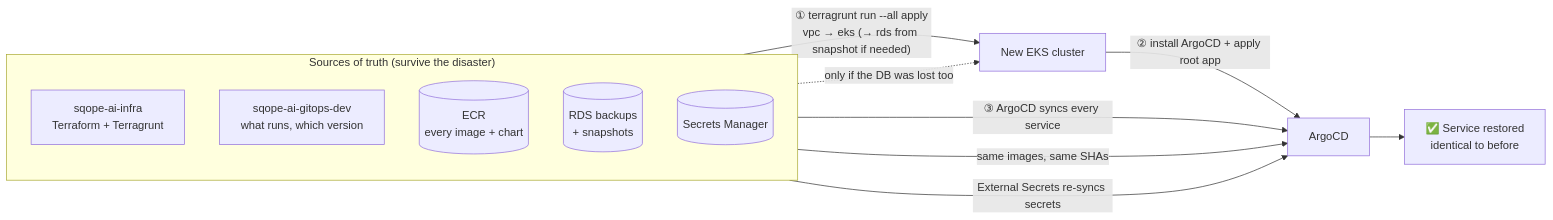
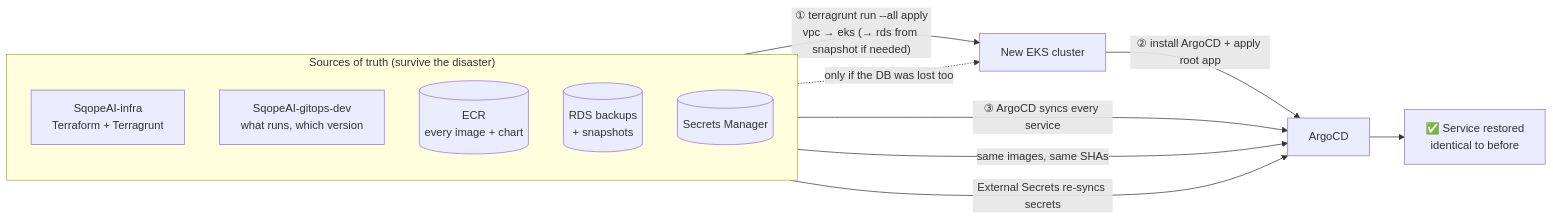
One commit to gologolo24/SqopeAI changed the fifth of 5 diagrams in README-DR.md. Above: the diagram before and after it, drawn with Mermaid. The commit also changed other lines of this file and 8 other files, not shown here.

First line of the commit message:
chore: rename repos to SqopeAI-infra and SqopeAI-gitops-dev

````diff
--- a/README-DR.md
+++ b/README-DR.md
@@ -255,18 +255,18 @@
 ```mermaid
 flowchart LR
     subgraph SRC["Sources of truth (survive the disaster)"]
         direction TB
-        IAC["sqope-ai-infra<br/>Terraform + Terragrunt"]
-        GO["sqope-ai-gitops-dev<br/>what runs, which version"]
+        IAC["SqopeAI-infra<br/>Terraform + Terragrunt"]
+        GO["SqopeAI-gitops-dev<br/>what runs, which version"]
         ECR[("ECR<br/>every image + chart")]
         BK[("RDS backups<br/>+ snapshots")]
         SM[("Secrets Manager")]
     end
     IAC -->|"① terragrunt run --all apply<br/>vpc → eks (→ rds from snapshot if needed)"| CL["New EKS cluster"]
     CL -->|"② install ArgoCD + apply root app"| AR["ArgoCD"]
     GO -->|"③ ArgoCD syncs every service"| AR
     ECR -->|"same images, same SHAs"| AR
     SM -->|"External Secrets re-syncs secrets"| AR
     BK -.->|"only if the DB was lost too"| CL
     AR --> OK["✅ Service restored<br/>identical to before"]
 ```
````
